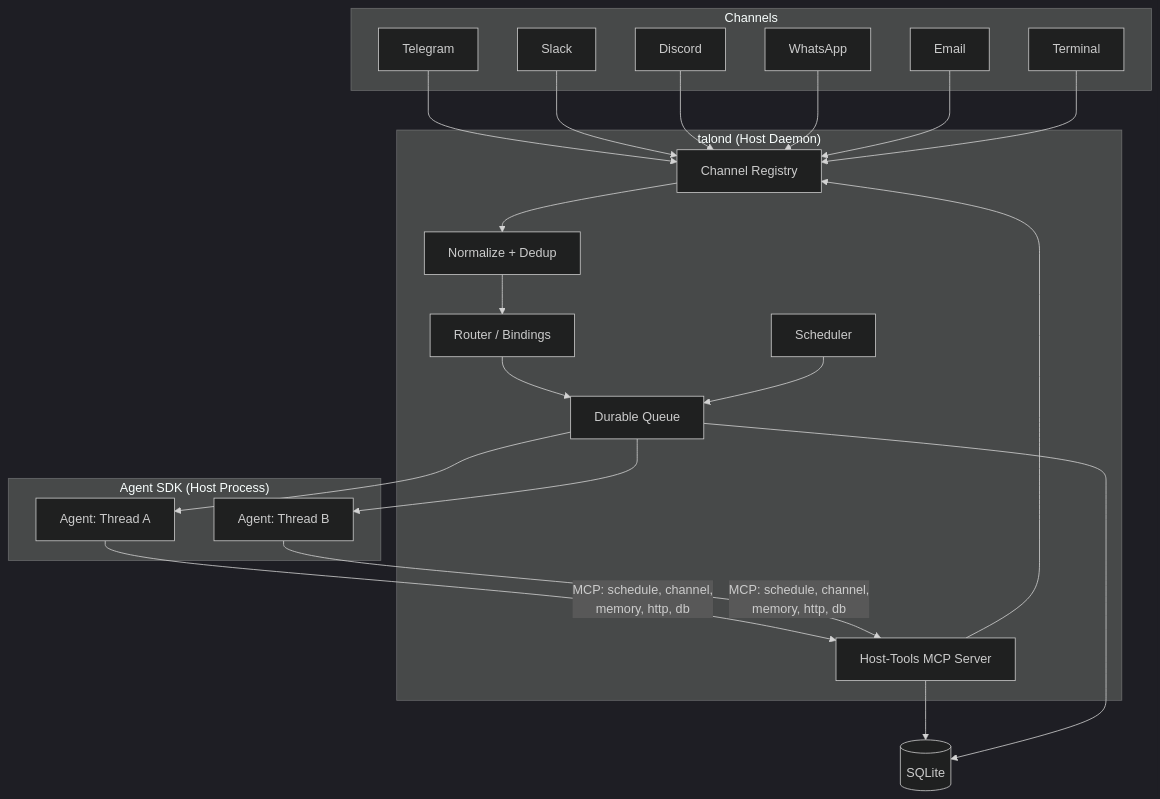
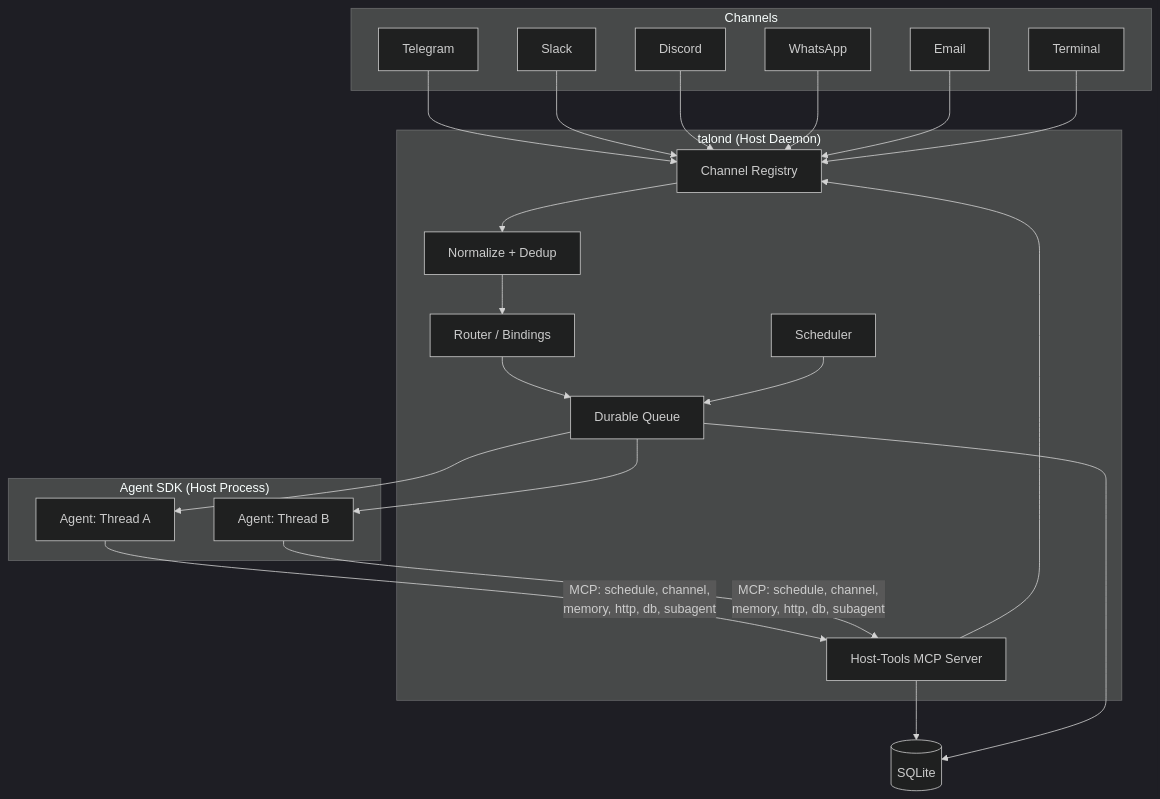
Before and after one commit to Haasie/talon: the first of 5 diagrams in README.md, drawn with Mermaid (dark theme). The commit also changed other lines of this file, not shown here.

````diff
--- a/README.md
+++ b/README.md
@@ -69,36 +70,36 @@
 ```mermaid
 graph TB
     subgraph Channels
         TG[Telegram]
         SL[Slack]
         DC[Discord]
         WA[WhatsApp]
         EM[Email]
         TM[Terminal]
     end
 
     subgraph "talond (Host Daemon)"
         CR[Channel Registry]
         NP[Normalize + Dedup]
         RT[Router / Bindings]
         Q[Durable Queue]
         SCH[Scheduler]
         HT[Host-Tools MCP Server]
     end
 
     subgraph "Agent SDK (Host Process)"
         A1[Agent: Thread A]
         A2[Agent: Thread B]
     end
 
     DB[(SQLite)]
 
     TG & SL & DC & WA & EM & TM --> CR
     CR --> NP --> RT --> Q
     Q --> A1 & A2
-    A1 & A2 -->|"MCP: schedule, channel,<br/>memory, http, db"| HT
+    A1 & A2 -->|"MCP: schedule, channel,<br/>memory, http, db, subagent"| HT
     HT --> CR
     HT --> DB
     SCH --> Q
     Q --> DB
 ```
````
